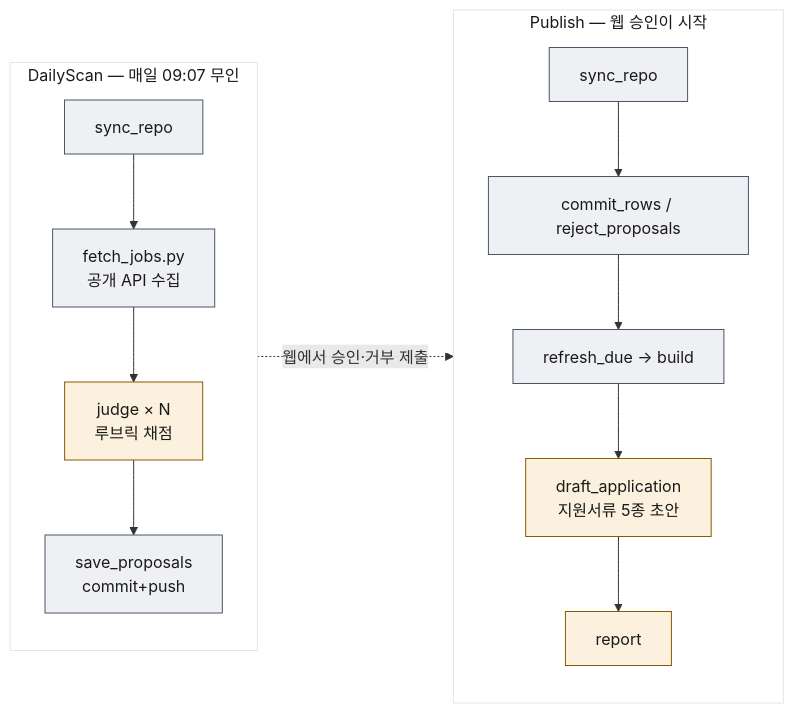
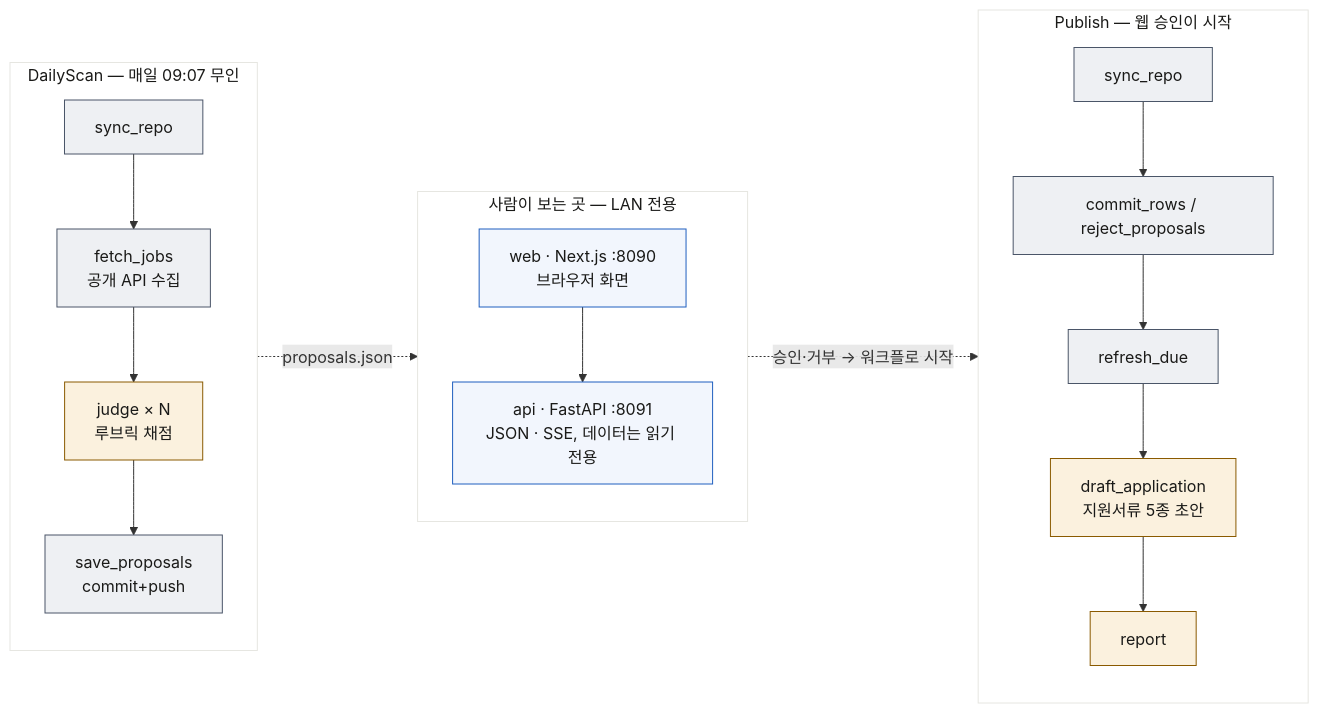
One commit to jjongkwann/job-scouter changed the diagram in README.md. Above: the diagram before and after it, drawn with Mermaid. The commit also changed other lines of this file and 8 other files, not shown here.

Commit message:
web: 지원서류 페이지 · compose api/web 분리 · 서버 문서

````diff
--- a/README.md
+++ b/README.md
@@ -7,23 +7,31 @@
 ```mermaid
 flowchart LR
   subgraph DS["DailyScan — 매일 09:07 무인"]
     direction TB
-    A1["sync_repo"] --> A2["fetch_jobs.py<br/>공개 API 수집"]
+    A1["sync_repo"] --> A2["fetch_jobs<br/>공개 API 수집"]
     A2 --> A3["judge × N<br/>루브릭 채점"]
     A3 --> A4["save_proposals<br/>commit+push"]
   end
   subgraph PB["Publish — 웹 승인이 시작"]
     direction TB
     B1["sync_repo"] --> B2["commit_rows / reject_proposals"]
-    B2 --> B3["refresh_due → build"]
+    B2 --> B3["refresh_due"]
     B3 --> B4["draft_application<br/>지원서류 5종 초안"]
     B4 --> B5["report"]
   end
-  DS -.->|"웹에서 승인·거부 제출"| PB
+  subgraph UI["사람이 보는 곳 — LAN 전용"]
+    direction TB
+    W["web · Next.js :8090<br/>브라우저 화면"] --> API["api · FastAPI :8091<br/>JSON · SSE, 데이터는 읽기 전용"]
+  end
+  A4 -.->|"proposals.json"| W
+  API -.->|"승인·거부 → 워크플로 시작"| PB
   style DS fill:#ffffff,stroke:#e6e6e1,color:#1a1a18
   style PB fill:#ffffff,stroke:#e6e6e1,color:#1a1a18
+  style UI fill:#ffffff,stroke:#e6e6e1,color:#1a1a18
   classDef io fill:#eef0f3,stroke:#4a5568,color:#1a1a18
   classDef llm fill:#fbf1de,stroke:#8a5a00,color:#1a1a18
+  classDef ui fill:#f2f6fd,stroke:#1f5fbf,color:#1a1a18
   class A1,A2,A4,B1,B2,B3 io
   class A3,B4,B5 llm
+  class W,API ui
 ```
````
